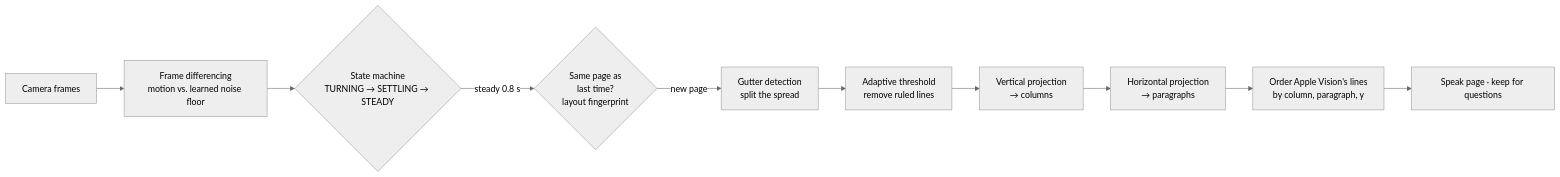
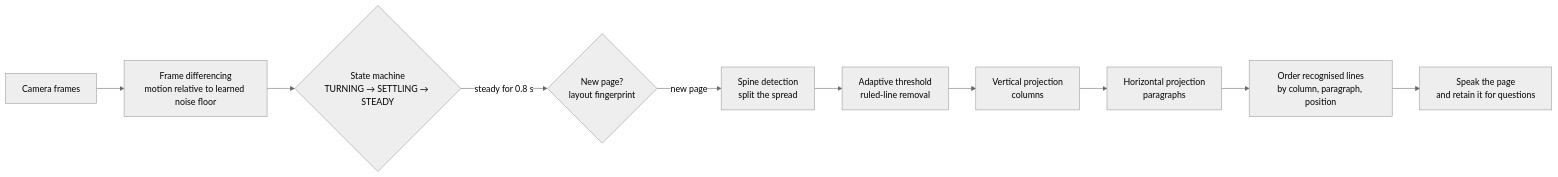
Before and after one commit to neerajprao/Helping_Eyes-main: the second of 2 diagrams in README.md, drawn with Mermaid (neutral theme). The commit also changed other lines of this file and 7 other files, not shown here.

````diff
--- a/README.md
+++ b/README.md
@@ -269,12 +275,12 @@
 ```mermaid
 flowchart LR
-    F[Camera frames] --> M[Frame differencing<br/>motion vs. learned noise floor]
+    F[Camera frames] --> M[Frame differencing<br/>motion relative to learned noise floor]
     M --> S{State machine<br/>TURNING → SETTLING → STEADY}
-    S -- steady 0.8 s --> G{Same page as<br/>last time?<br/>layout fingerprint}
-    G -- new page --> SP[Gutter detection<br/>split the spread]
-    SP --> L[Adaptive threshold<br/>remove ruled lines]
-    L --> C[Vertical projection<br/>→ columns]
-    C --> P[Horizontal projection<br/>→ paragraphs]
-    P --> O[Order Apple Vision's lines<br/>by column, paragraph, y]
-    O --> R[Speak page · keep for questions]
+    S -- steady for 0.8 s --> G{New page?<br/>layout fingerprint}
+    G -- new page --> SP[Spine detection<br/>split the spread]
+    SP --> L[Adaptive threshold<br/>ruled-line removal]
+    L --> C[Vertical projection<br/>columns]
+    C --> P[Horizontal projection<br/>paragraphs]
+    P --> O[Order recognised lines<br/>by column, paragraph, position]
+    O --> R[Speak the page<br/>and retain it for questions]
 ```
````
